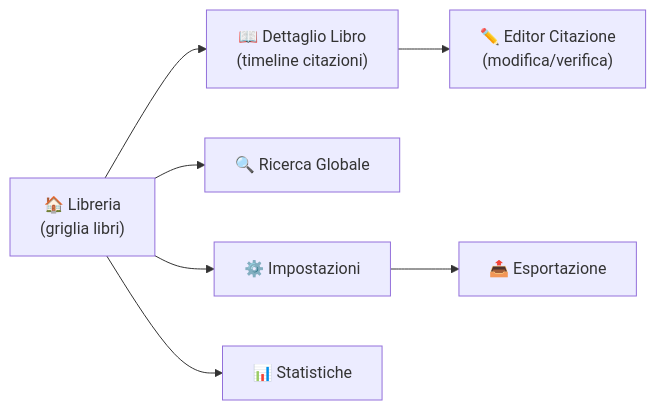
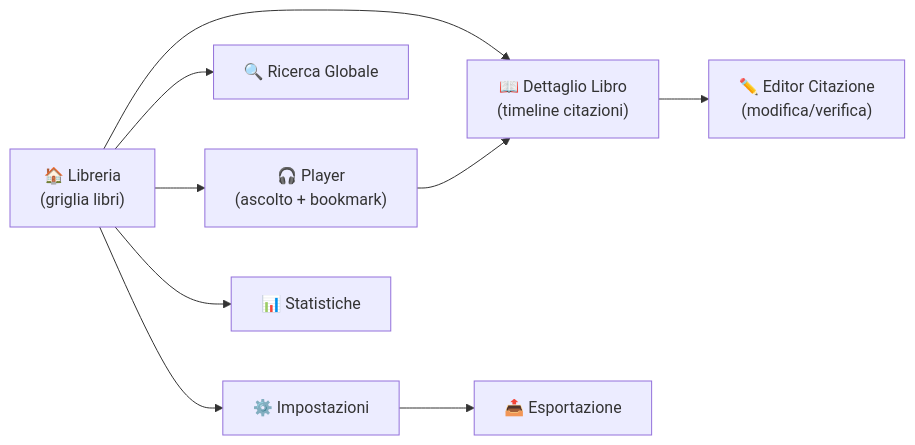
One commit to Adavidebaba/audiobooksnotes changed the third of 3 diagrams in Progetto_iOS_AudiobookNotes.md. Above: the diagram before and after it, drawn with Mermaid. The commit also changed other lines of this file, not shown here.

````diff
--- a/Progetto_iOS_AudiobookNotes.md
+++ b/Progetto_iOS_AudiobookNotes.md
@@ -345,9 +372,11 @@
 ```mermaid
 graph LR
-    A["🏠 Libreria\n(griglia libri)"] --> B["📖 Dettaglio Libro\n(timeline citazioni)"]
-    B --> C["✏️ Editor Citazione\n(modifica/verifica)"]
-    A --> D["🔍 Ricerca Globale"]
-    A --> E["⚙️ Impostazioni"]
-    E --> F["📤 Esportazione"]
-    A --> G["📊 Statistiche"]
+    A["🏠 Libreria\n(griglia libri)"] --> B["🎧 Player\n(ascolto + bookmark)"]
+    A --> C["📖 Dettaglio Libro\n(timeline citazioni)"]
+    C --> D["✏️ Editor Citazione\n(modifica/verifica)"]
+    B --> C
+    A --> E["🔍 Ricerca Globale"]
+    A --> F["⚙️ Impostazioni"]
+    F --> G["📤 Esportazione"]
+    A --> H["📊 Statistiche"]
 ```
````
